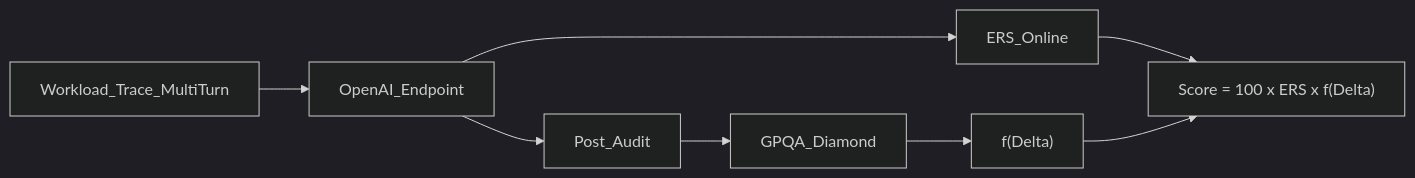
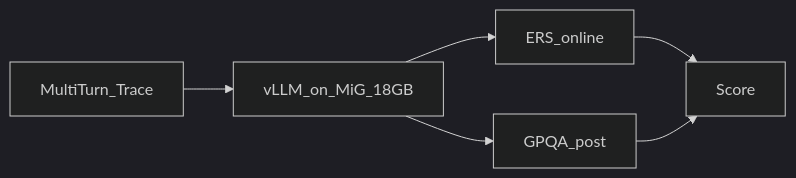
One commit to BennedictQuanTon/Develarper_Viettel_AI_Race_2026 changed the first of 3 diagrams in CONTEXT.md. Above: the diagram before and after it, drawn with Mermaid (dark theme). The commit also changed other lines of this file and 15 other files, not shown here.

````diff
--- a/CONTEXT.md
+++ b/CONTEXT.md
@@ -26,10 +46,8 @@
 ```mermaid
 flowchart LR
-  Trace[Workload_Trace_MultiTurn] --> Serve[OpenAI_Endpoint]
-  Serve --> ERS[ERS_Online]
-  Serve --> Audit[Post_Audit]
-  Audit --> GPQA[GPQA_Diamond]
-  GPQA --> Delta["f(Delta)"]
-  ERS --> Score["Score = 100 x ERS x f(Delta)"]
-  Delta --> Score
+  Trace[MultiTurn_Trace] --> Endpoint[vLLM_on_MiG_18GB]
+  Endpoint --> ERS[ERS_online]
+  Endpoint --> Gate[GPQA_post]
+  ERS --> Score[Score]
+  Gate --> Score
 ```
````
